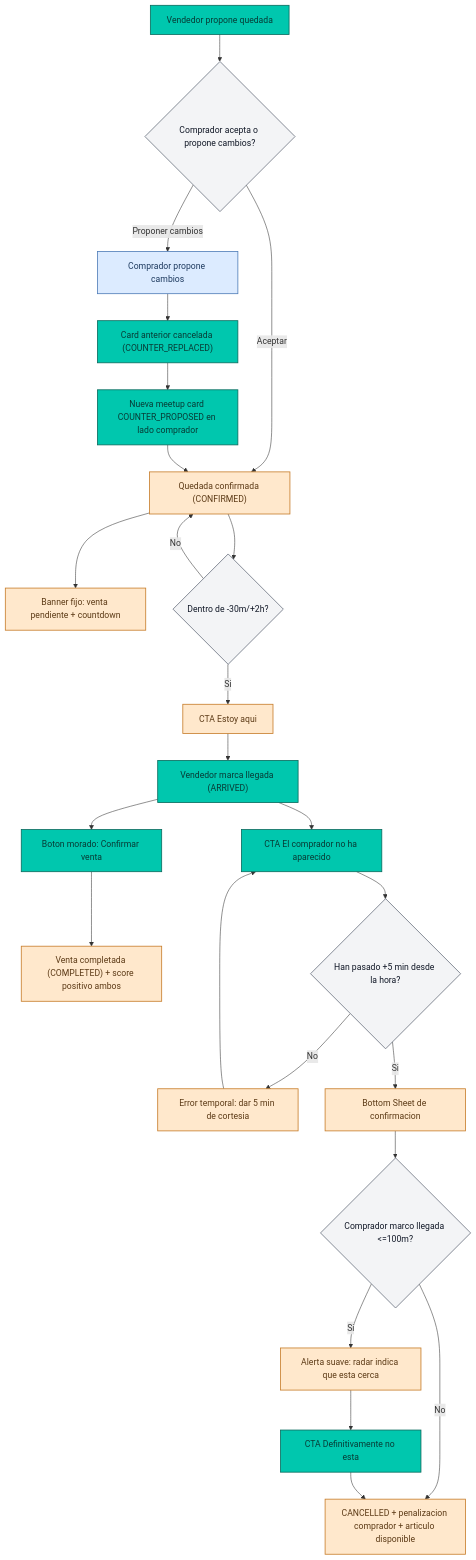
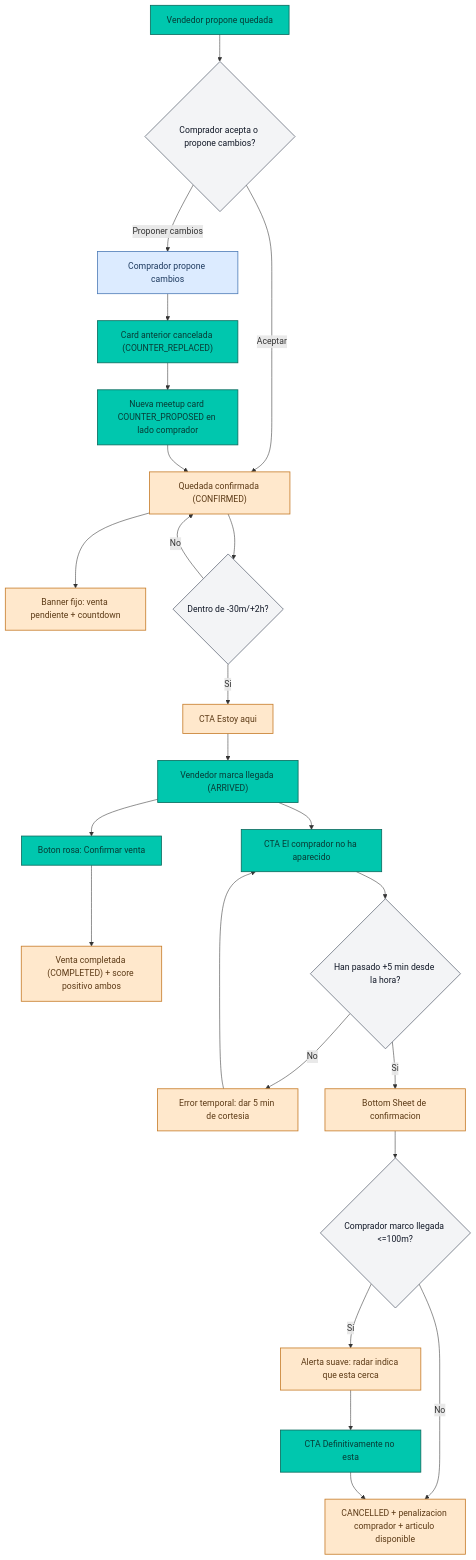
The diagram in docs/wallapop-meet-user-flow.md (JMFusterr/wallapop-meet), drawn with Mermaid before and after one commit. The commit also changed 12 other files, not shown here.

````diff
--- a/docs/wallapop-meet-user-flow.md
+++ b/docs/wallapop-meet-user-flow.md
@@ -7,50 +7,50 @@
 ```mermaid
 graph TD
 P1["Vendedor propone quedada"]
 B1{"Comprador acepta o propone cambios?"}
 C1["Comprador propone cambios"]
 X1["Card anterior cancelada (COUNTER_REPLACED)"]
 P2["Nueva meetup card COUNTER_PROPOSED en lado comprador"]
 CF["Quedada confirmada (CONFIRMED)"]
 BN["Banner fijo: venta pendiente + countdown"]
 
 P1 --> B1
 B1 -->|Aceptar| CF
 B1 -->|Proponer cambios| C1 --> X1 --> P2 --> CF
 CF --> BN
 
 A1{"Dentro de -30m/+2h?"}
 AR["CTA Estoy aqui"]
 RV["Vendedor marca llegada (ARRIVED)"]
-CS["Boton morado: Confirmar venta"]
+CS["Boton rosa: Confirmar venta"]
 OK["Venta completada (COMPLETED) + score positivo ambos"]
 
 CF --> A1
 A1 -->|Si| AR --> RV --> CS --> OK
 A1 -->|No| CF
 
 NS["CTA El comprador no ha aparecido"]
 G1{"Han pasado +5 min desde la hora?"}
 ER["Error temporal: dar 5 min de cortesia"]
 BS["Bottom Sheet de confirmacion"]
 GPS{"Comprador marco llegada <=100m?"}
 AL["Alerta suave: radar indica que esta cerca"]
 FN["CTA Definitivamente no esta"]
 CA["CANCELLED + penalizacion comprador + articulo disponible"]
 
 RV --> NS --> G1
 G1 -->|No| ER --> NS
 G1 -->|Si| BS --> GPS
 GPS -->|No| CA
 GPS -->|Si| AL --> FN --> CA
 
 classDef vendedor fill:#00C7AE,stroke:#0B6B5E,color:#073B35,stroke-width:1.5px;
 classDef comprador fill:#DCEBFF,stroke:#4F7DB8,color:#1E3A5F,stroke-width:1.5px;
 classDef sistema fill:#FFE8CC,stroke:#C77D2B,color:#5C3A16,stroke-width:1.5px;
 classDef decision fill:#F3F4F6,stroke:#6B7280,color:#111827,stroke-width:1.5px;
 
 class P1,X1,P2,RV,CS,NS,FN vendedor;
 class C1 comprador;
 class CF,BN,AR,OK,ER,BS,AL,CA sistema;
 class B1,A1,G1,GPS decision;
 ```
````
